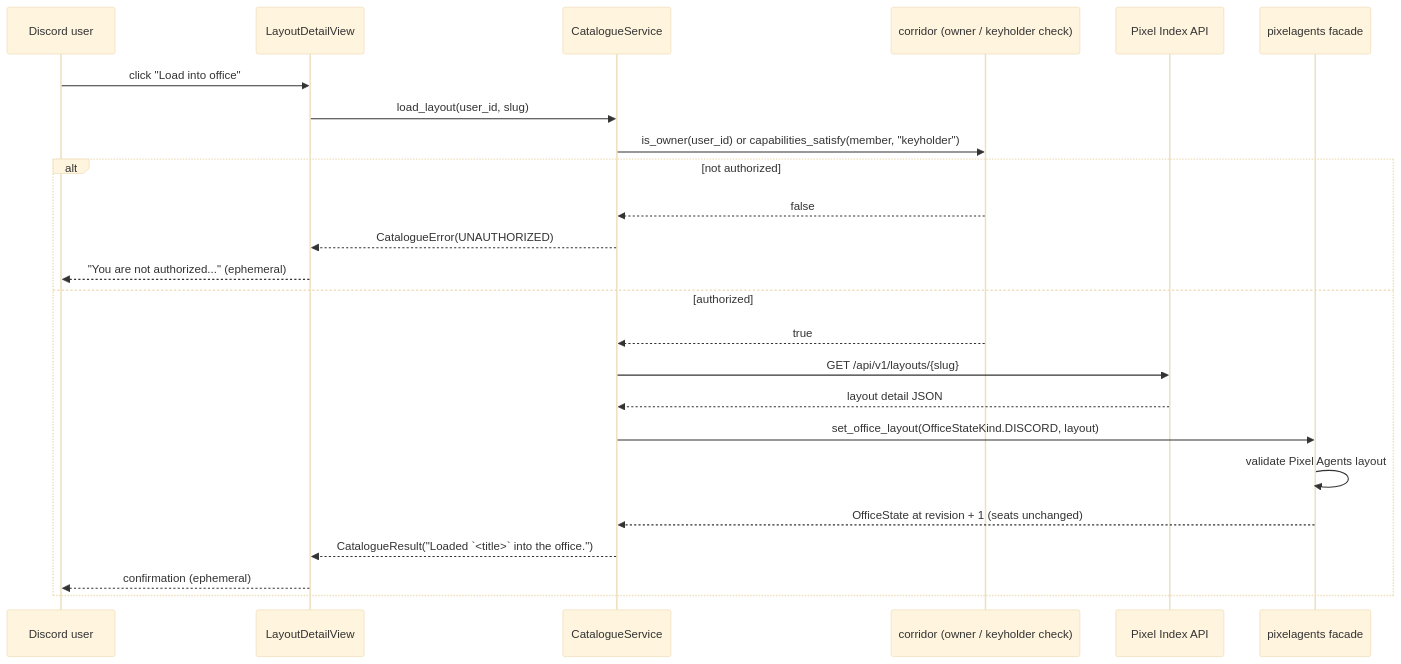
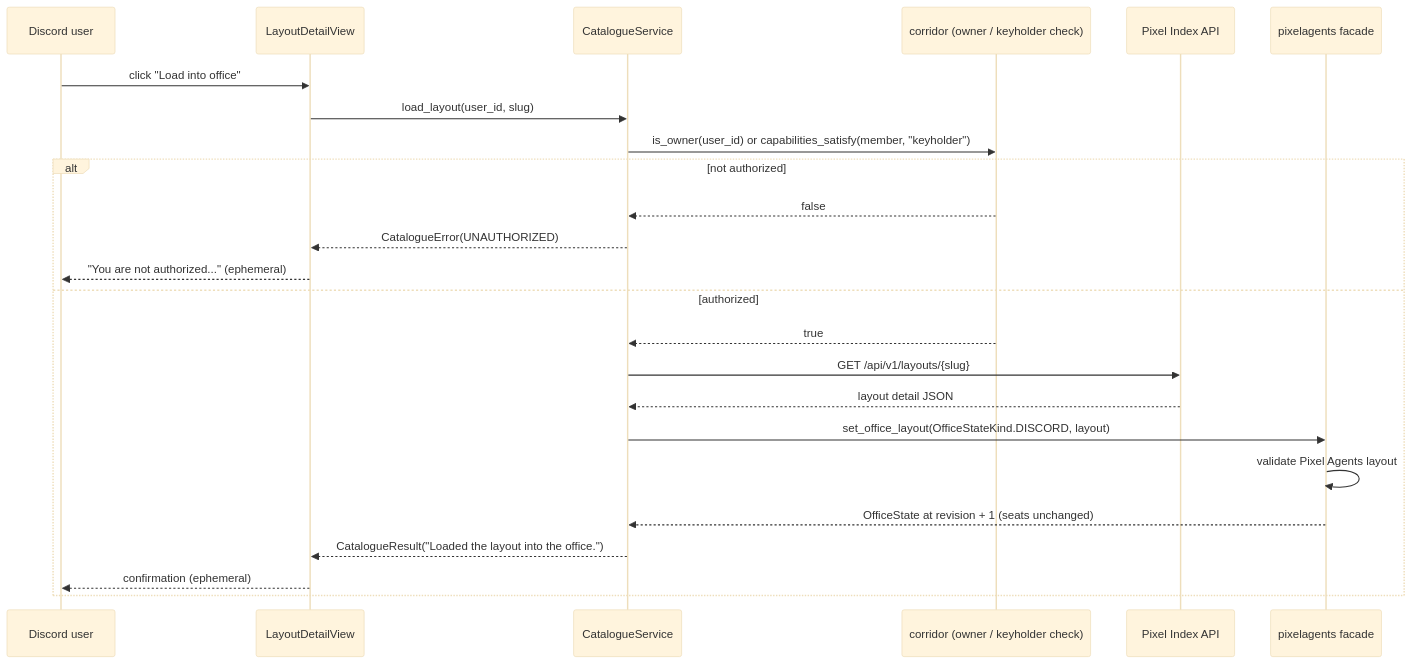
One commit to pixel-agents-hq/pixel-agents-cogs changed the third of 3 diagrams in floorplan/Architecture.md. Above: the diagram before and after it, drawn with Mermaid (base theme). The commit also changed 8 other files, not shown here.

````diff
--- a/floorplan/Architecture.md
+++ b/floorplan/Architecture.md
@@ -115,27 +115,27 @@
 ```mermaid
 sequenceDiagram
     participant U as Discord user
     participant V as LayoutDetailView
     participant Svc as CatalogueService
     participant C as corridor (owner / keyholder check)
     participant I as Pixel Index API
     participant P as pixelagents facade
 
     U->>V: click "Load into office"
     V->>Svc: load_layout(user_id, slug)
     Svc->>C: is_owner(user_id) or capabilities_satisfy(member, "keyholder")
     alt not authorized
         C-->>Svc: false
         Svc-->>V: CatalogueError(UNAUTHORIZED)
         V-->>U: "You are not authorized..." (ephemeral)
     else authorized
         C-->>Svc: true
         Svc->>I: GET /api/v1/layouts/{slug}
         I-->>Svc: layout detail JSON
         Svc->>P: set_office_layout(OfficeStateKind.DISCORD, layout)
         P->>P: validate Pixel Agents layout
         P-->>Svc: OfficeState at revision + 1 (seats unchanged)
-        Svc-->>V: CatalogueResult("Loaded `<title>` into the office.")
+        Svc-->>V: CatalogueResult("Loaded the layout into the office.")
         V-->>U: confirmation (ephemeral)
     end
 ```
````
